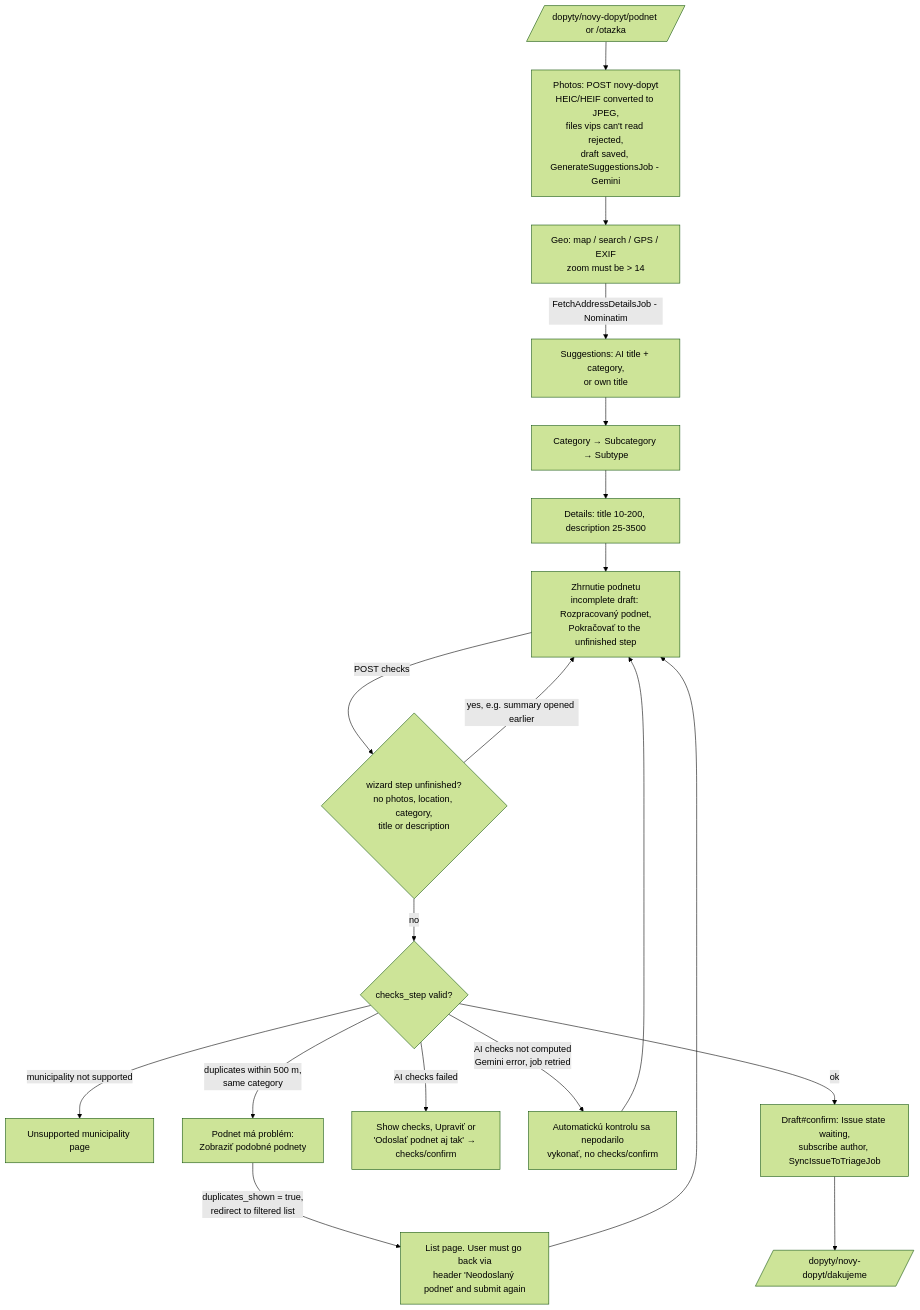
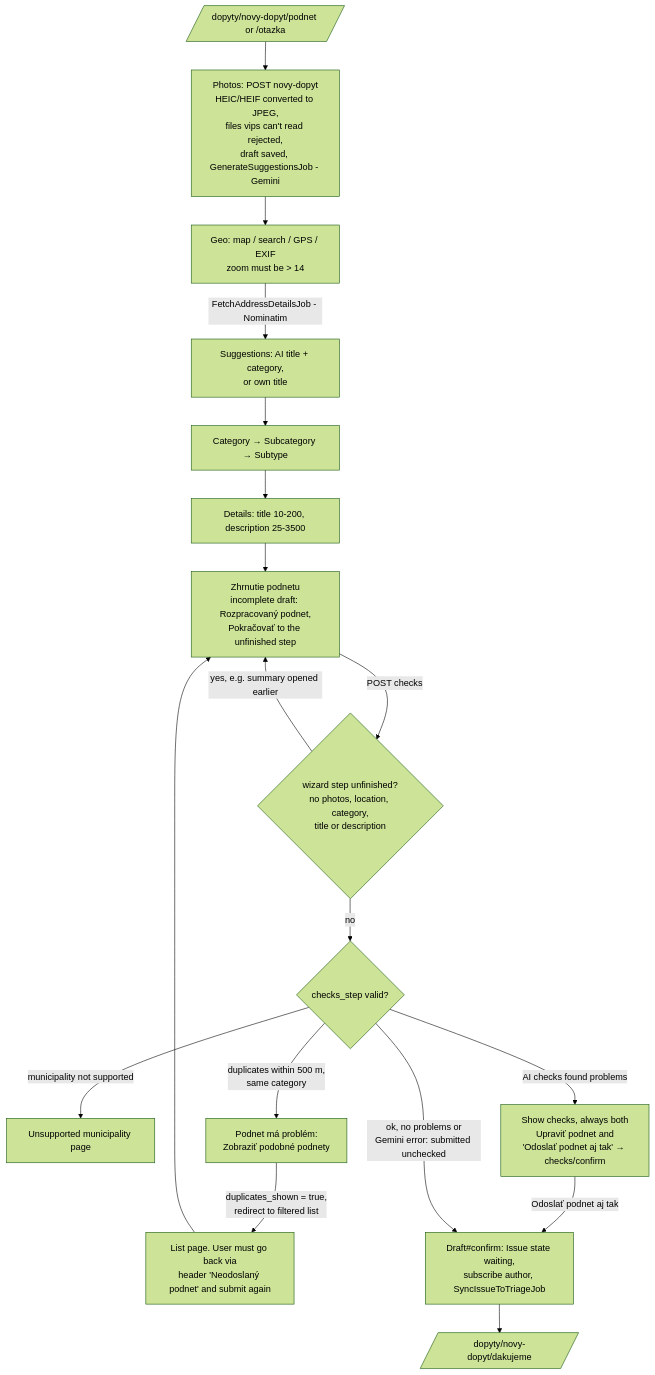
The first of 3 diagrams in docs/how-it-works/03-submission-and-triage.md (slovensko-digital/ops-portal), drawn with Mermaid (forest theme) before and after one commit. The commit also changed other lines of this file and 7 other files, not shown here.

First line of the commit message:
fix: let AI draft checks only warn, never block submission

````diff
--- a/docs/how-it-works/03-submission-and-triage.md
+++ b/docs/how-it-works/03-submission-and-triage.md
@@ -9,21 +9,20 @@
 ```mermaid
 flowchart TD
   A[/dopyty/novy-dopyt/podnet or /otazka/] --> B[Photos: POST novy-dopyt<br/>HEIC/HEIF converted to JPEG,<br/>files vips can't read rejected,<br/>draft saved, GenerateSuggestionsJob - Gemini]
   B --> C[Geo: map / search / GPS / EXIF<br/>zoom must be > 14]
   C -->|FetchAddressDetailsJob - Nominatim| D[Suggestions: AI title + category,<br/>or own title]
   D --> E[Category → Subcategory → Subtype]
   E --> F[Details: title 10-200, description 25-3500]
   F --> G[Zhrnutie podnetu<br/>incomplete draft: Rozpracovaný podnet,<br/>Pokračovať to the unfinished step]
   G -->|POST checks| G1{wizard step unfinished?<br/>no photos, location, category,<br/>title or description}
   G1 -->|yes, e.g. summary opened earlier| G
   G1 -->|no| H{checks_step valid?}
   H -->|municipality not supported| H1[Unsupported municipality page]
   H -->|duplicates within 500 m,<br/>same category| H2[Podnet má problém:<br/>Zobraziť podobné podnety]
   H2 -->|duplicates_shown = true,<br/>redirect to filtered list| H3[List page. User must go back via<br/>header 'Neodoslaný podnet' and submit again]
   H3 --> G
-  H -->|AI checks failed| H4[Show checks, Upraviť or<br/>'Odoslať podnet aj tak' → checks/confirm]
-  H -->|AI checks not computed<br/>Gemini error, job retried| H5[Automatickú kontrolu sa nepodarilo<br/>vykonať, no checks/confirm]
-  H5 --> G
-  H -->|ok| I[Draft#confirm: Issue state waiting,<br/>subscribe author, SyncIssueToTriageJob]
+  H -->|AI checks found problems| H4[Show checks, always both<br/>Upraviť podnet and<br/>'Odoslať podnet aj tak' → checks/confirm]
+  H4 -->|Odoslať podnet aj tak| I
+  H -->|ok, no problems or<br/>Gemini error: submitted unchecked| I[Draft#confirm: Issue state waiting,<br/>subscribe author, SyncIssueToTriageJob]
   I --> J[/dopyty/novy-dopyt/dakujeme/]
 ```
````
